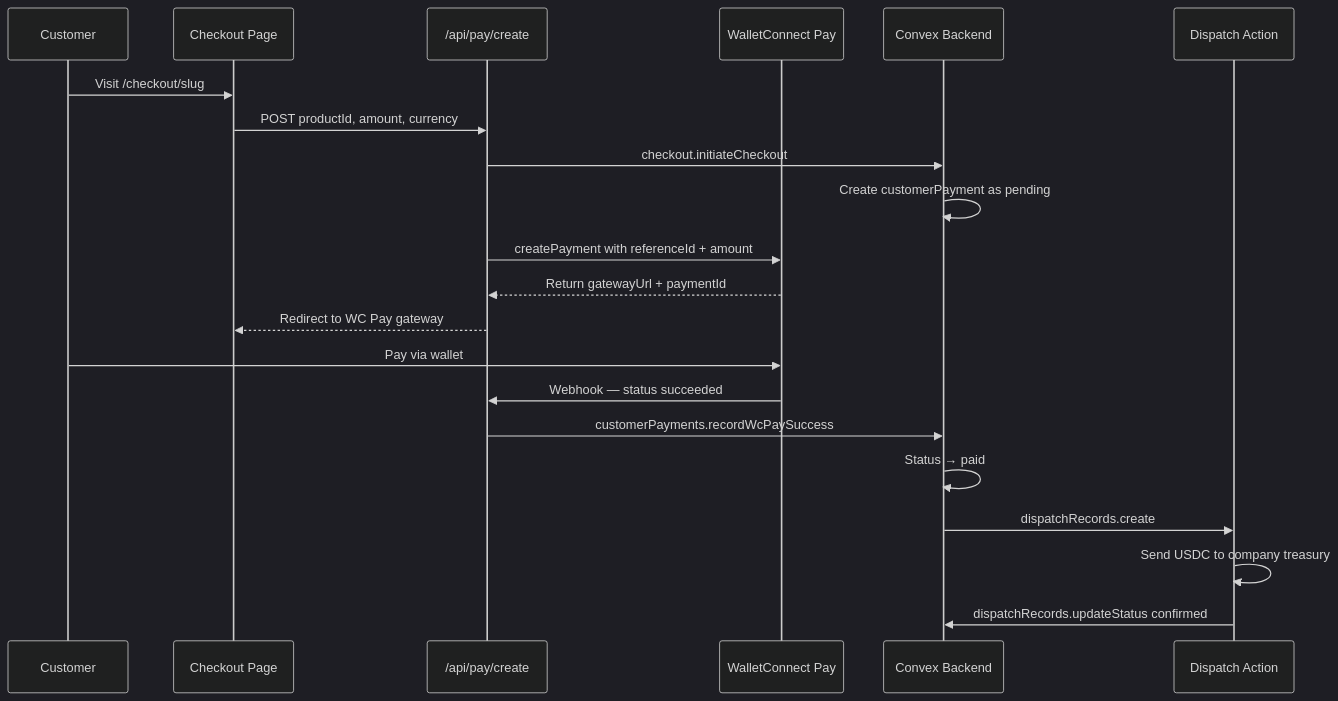
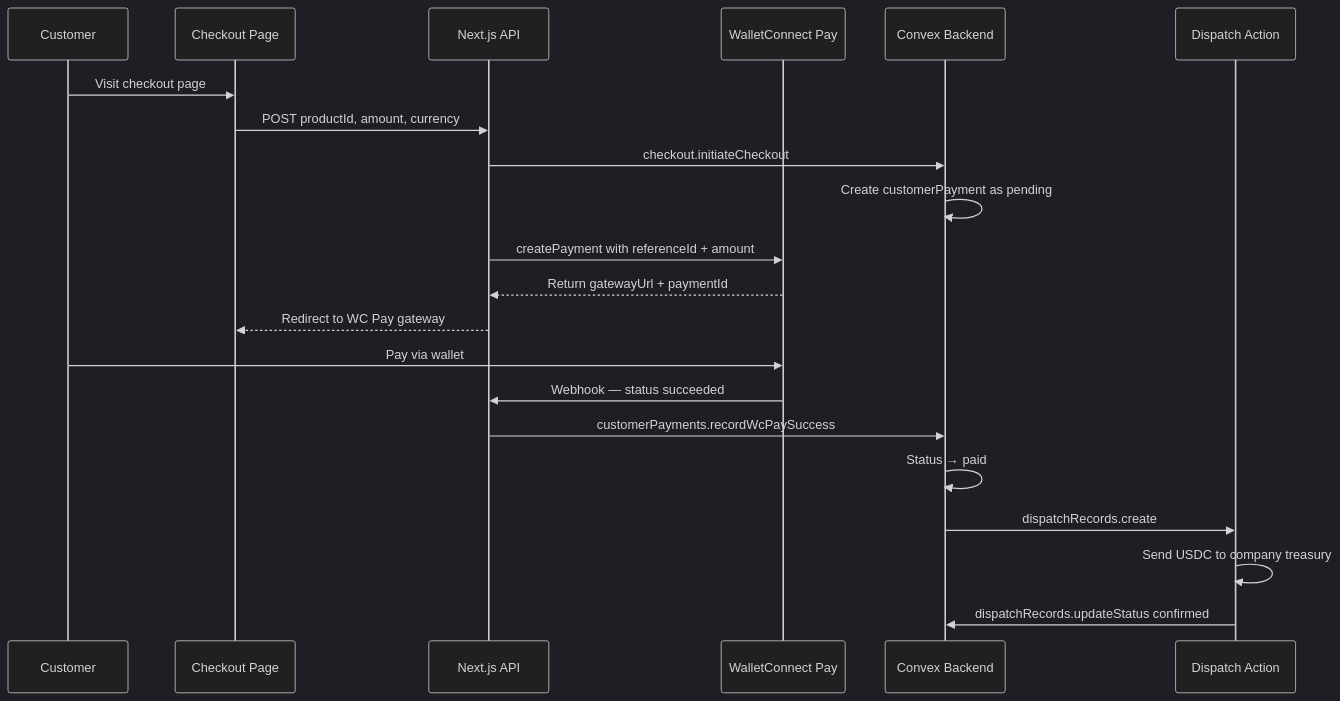
Before and after one commit to Cannes2026EthGlobal/webapp: the third of 7 diagrams in ARCHITECTURE.md, drawn with Mermaid (dark theme). The commit also changed other lines of this file, not shown here.

First line of the commit message:
fix: simplify Mermaid diagrams to avoid parser errors

````diff
--- a/ARCHITECTURE.md
+++ b/ARCHITECTURE.md
@@ -238,24 +100,24 @@
 ```mermaid
 sequenceDiagram
     participant CU as Customer
     participant CK as Checkout Page
-    participant API as /api/pay/create
+    participant API as Next.js API
     participant WC as WalletConnect Pay
     participant CX as Convex Backend
     participant DP as Dispatch Action
 
-    CU->>CK: Visit /checkout/slug
+    CU->>CK: Visit checkout page
     CK->>API: POST productId, amount, currency
     API->>CX: checkout.initiateCheckout
     CX->>CX: Create customerPayment as pending
     API->>WC: createPayment with referenceId + amount
     WC-->>API: Return gatewayUrl + paymentId
     API-->>CK: Redirect to WC Pay gateway
     CU->>WC: Pay via wallet
     WC->>API: Webhook — status succeeded
     API->>CX: customerPayments.recordWcPaySuccess
     CX->>CX: Status → paid
     CX->>DP: dispatchRecords.create
     DP->>DP: Send USDC to company treasury
     DP->>CX: dispatchRecords.updateStatus confirmed
 ```
````
